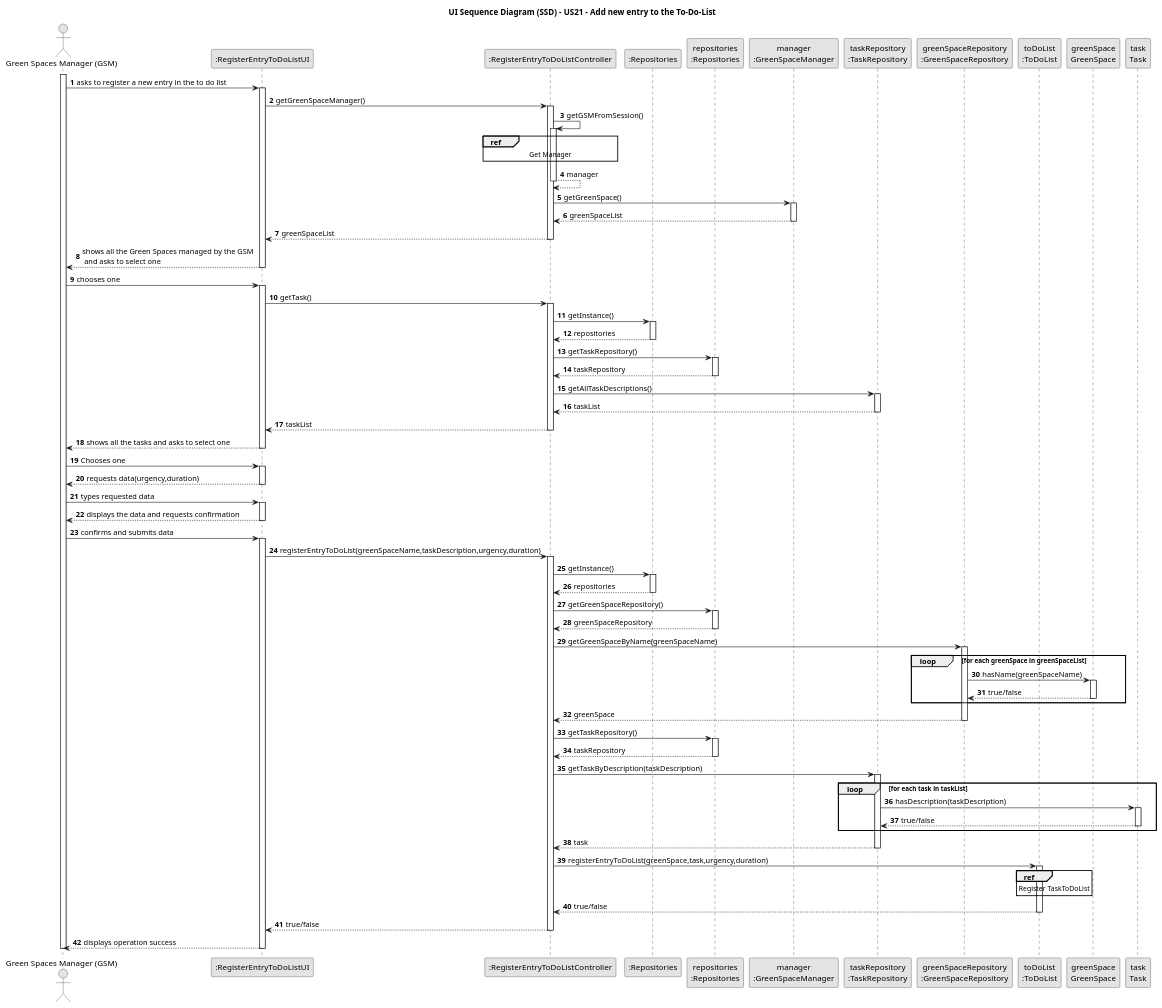
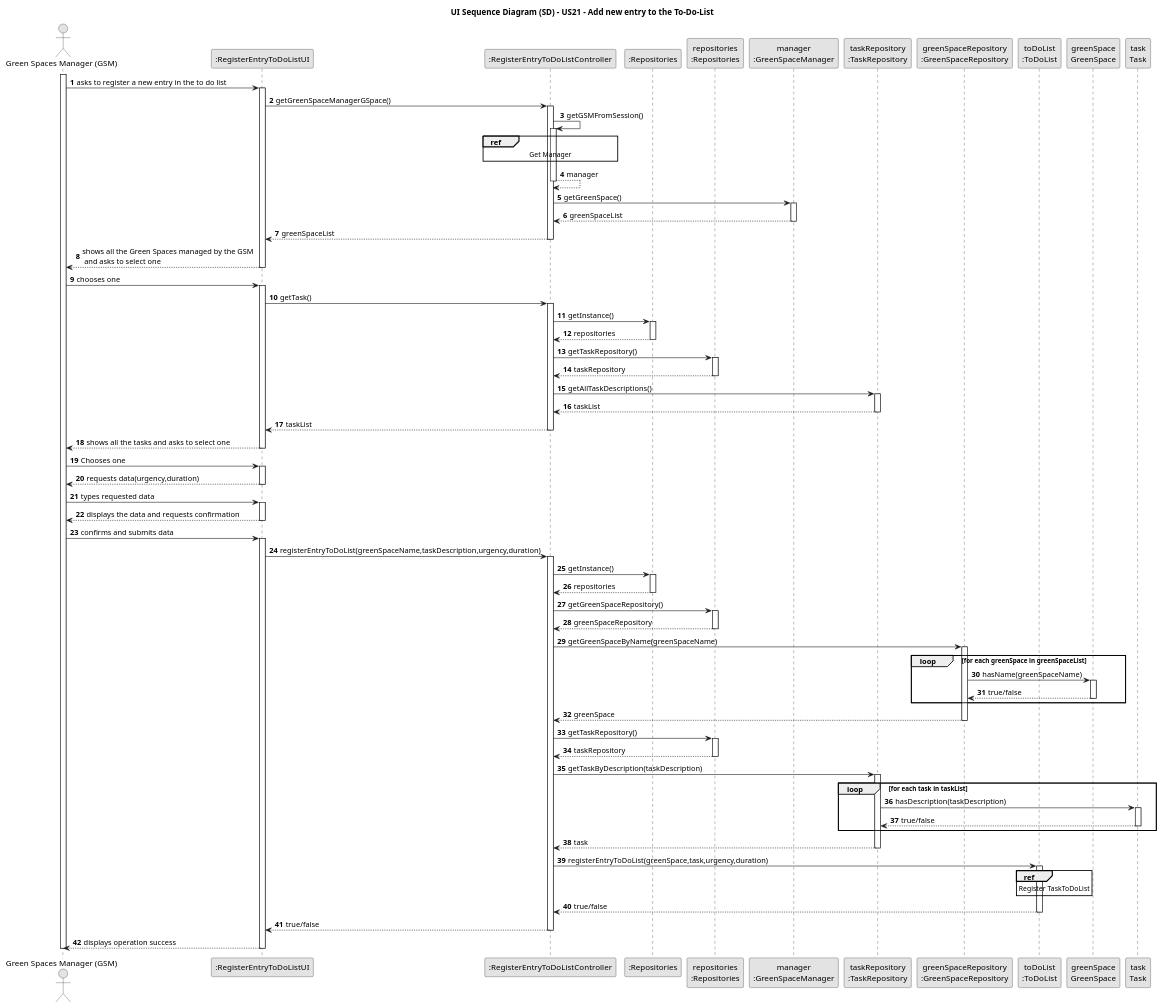
Before and after one commit to Departamento-de-Engenharia-Informatica/lei-24-s2-1db-g022: the diagram in docs/sprint3/us21/03.design/puml/us21-sequence-diagram.puml, drawn with PlantUML. The commit also changed 12 other files, not shown here.

```diff
--- a/docs/sprint3/us21/03.design/puml/us21-sequence-diagram.puml
+++ b/docs/sprint3/us21/03.design/puml/us21-sequence-diagram.puml
@@ -1,173 +1,173 @@
 @startuml
 skinparam monochrome true
 skinparam packageStyle rectangle
 skinparam shadowing false
 
-title UI Sequence Diagram (SSD) - US21 - Add new entry to the To-Do-List
+title UI Sequence Diagram (SD) - US21 - Add new entry to the To-Do-List
 
 autonumber
 
 'hide footbox
 actor "Green Spaces Manager (GSM)" as GSM
 participant ":RegisterEntryToDoListUI" as UI
 participant ":RegisterEntryToDoListController" as CTRL
 participant ":Repositories" as RepositorySingleton
 participant "repositories\n:Repositories" as PLAT
 participant "manager\n:GreenSpaceManager" as GSMO
 participant "taskRepository\n:TaskRepository" as TR
 participant "greenSpaceRepository\n:GreenSpaceRepository" as GSR
 participant "toDoList\n:ToDoList" as TDL
 participant "greenSpace\nGreenSpace" as GREENSPACE
 participant "task\nTask" as TASK
 
 
 activate GSM
 
         GSM -> UI : asks to register a new entry in the to do list
     activate UI
 
-        UI -> CTRL : getGreenSpaceManager()
+        UI -> CTRL : getGreenSpaceManagerGSpace()
     activate CTRL
 
         CTRL -> CTRL : getGSMFromSession()
     activate CTRL
 
         ref over CTRL
             Get Manager
         end ref
 
         CTRL --> CTRL : manager
     deactivate CTRL
 
 
         CTRL -> GSMO : getGreenSpace()
     activate GSMO
 
         GSMO --> CTRL : greenSpaceList
     deactivate GSMO
 
         CTRL --> UI : greenSpaceList
     deactivate CTRL
 
         UI --> GSM : shows all the Green Spaces managed by the GSM \n and asks to select one
     deactivate UI
 
         GSM->UI: chooses one
     activate UI
 
         UI-> CTRL : getTask()
     activate CTRL
 
         CTRL -> RepositorySingleton : getInstance()
     activate RepositorySingleton
 
         RepositorySingleton --> CTRL: repositories
     deactivate RepositorySingleton
 
         CTRL -> PLAT: getTaskRepository()
     activate PLAT
 
         PLAT --> CTRL: taskRepository
     deactivate PLAT
 
         CTRL -> TR : getAllTaskDescriptions()
     activate TR
 
         TR --> CTRL : taskList
     deactivate TR
 
         CTRL --> UI : taskList
     deactivate CTRL
 
         UI --> GSM : shows all the tasks and asks to select one
     deactivate UI
 
         GSM -> UI : Chooses one
     activate UI
 
         UI --> GSM : requests data(urgency,duration)
     deactivate UI
 
         GSM -> UI : types requested data
     activate UI
 
         UI --> GSM : displays the data and requests confirmation
     deactivate UI
 
         GSM -> UI : confirms and submits data
     activate UI
 
         UI -> CTRL: registerEntryToDoList(greenSpaceName,taskDescription,urgency,duration)
     activate CTRL
 
         CTRL -> RepositorySingleton : getInstance()
     activate RepositorySingleton
 
         RepositorySingleton --> CTRL: repositories
     deactivate RepositorySingleton
 
         CTRL -> PLAT: getGreenSpaceRepository()
     activate PLAT
 
         PLAT --> CTRL: greenSpaceRepository
     deactivate PLAT
 
         CTRL -> GSR : getGreenSpaceByName(greenSpaceName)
     activate GSR
 
         loop for each greenSpace in greenSpaceList
 
         GSR -> GREENSPACE : hasName(greenSpaceName)
 
         activate GREENSPACE
 
             GREENSPACE --> GSR : true/false
 
         deactivate GREENSPACE
 
         end
 
         GSR --> CTRL : greenSpace
     deactivate GSR
 
         CTRL -> PLAT: getTaskRepository()
     activate PLAT
 
         PLAT --> CTRL: taskRepository
     deactivate PLAT
 
         CTRL -> TR : getTaskByDescription(taskDescription)
     activate TR
         loop for each task in taskList
 
         TR -> TASK : hasDescription(taskDescription)
 
         activate TASK
 
             TASK --> TR : true/false
 
         deactivate TASK
 
         end
 
         TR --> CTRL : task
     deactivate TR
 
         CTRL -> TDL : registerEntryToDoList(greenSpace,task,urgency,duration)
     activate TDL
 
         ref over TDL
             Register TaskToDoList
         end
 
         TDL --> CTRL : true/false
     deactivate TDL
 
         CTRL --> UI : true/false
     deactivate CTRL
 
         UI --> GSM : displays operation success
     deactivate UI
 
 deactivate GSM
 @enduml
```
